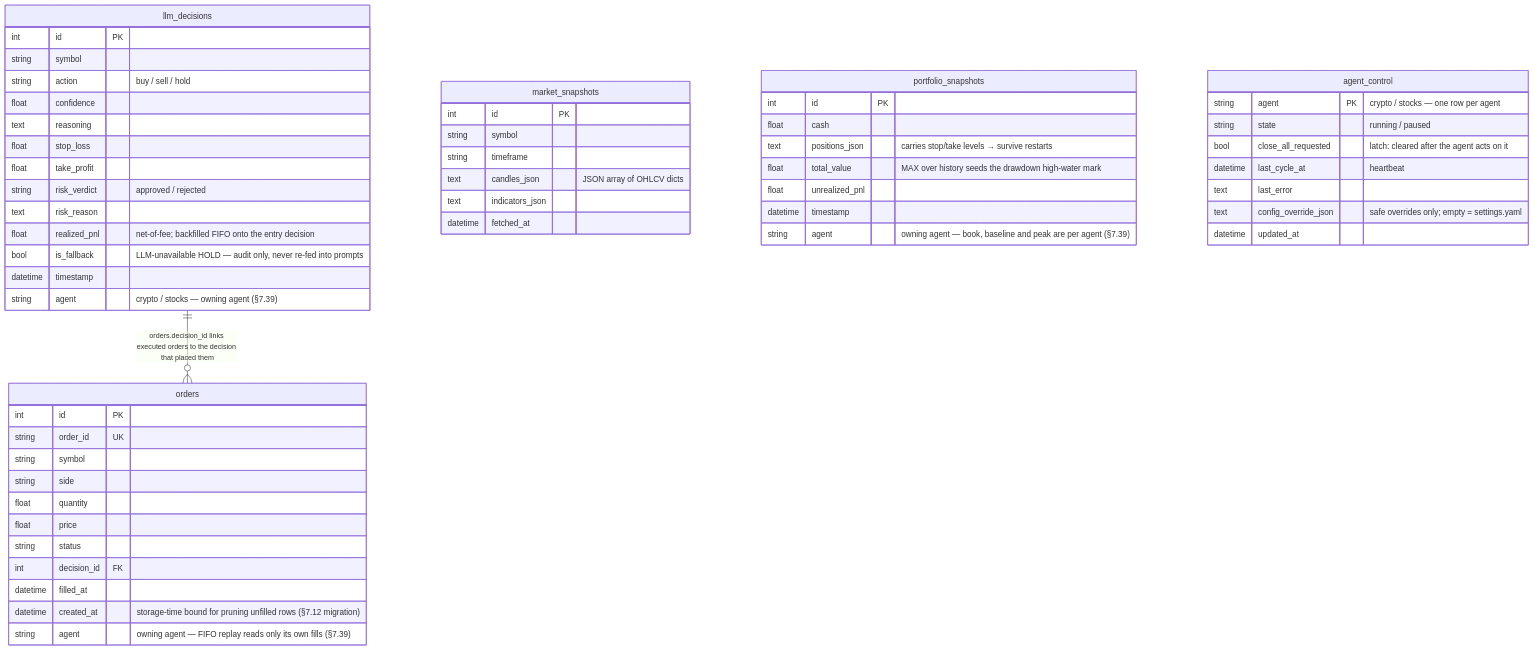
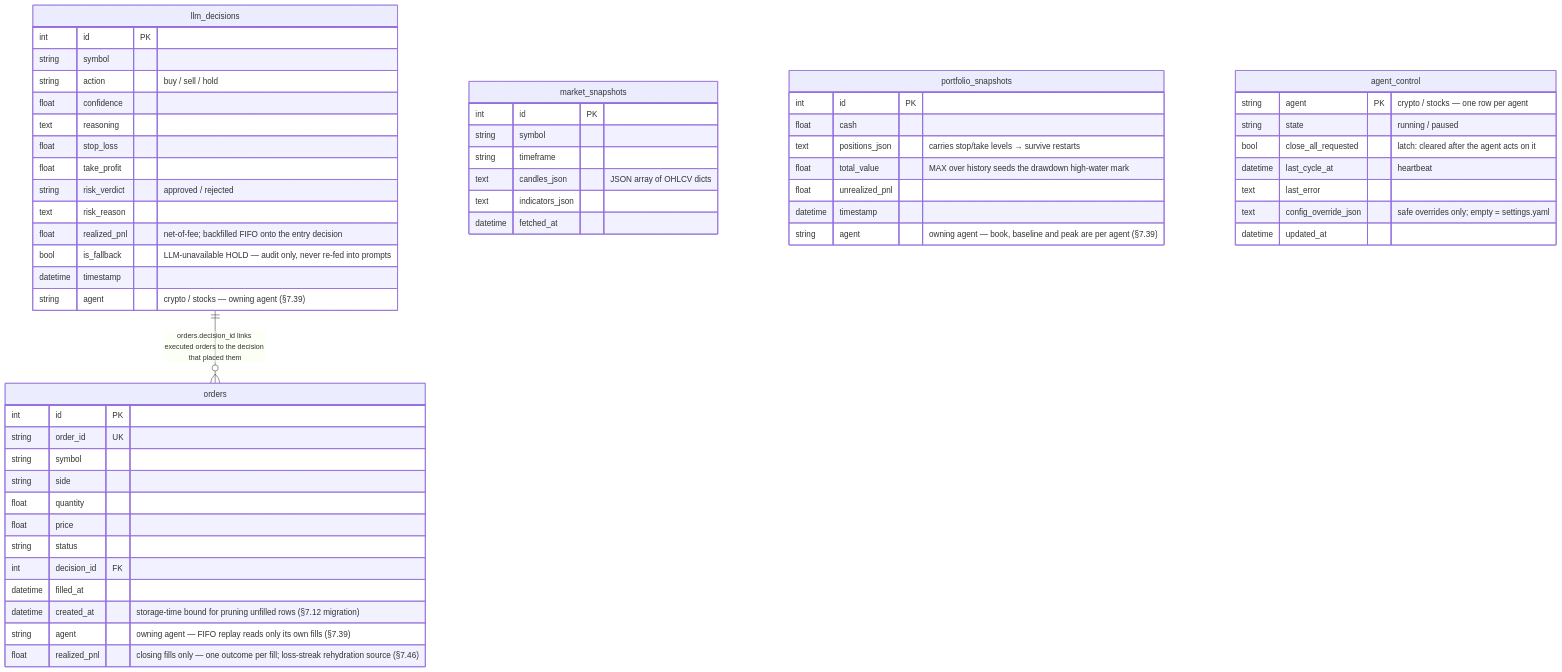
The fifth of 6 diagrams in ARCHITECTURE.md (BBlazej/smartyTrader), drawn with Mermaid before and after one commit. The commit also changed other lines of this file and 17 other files, not shown here.

First line of the commit message:
Count the loss streak once per closing fill, on every close path (§7.46)

````diff
--- a/ARCHITECTURE.md
+++ b/ARCHITECTURE.md
@@ -334,58 +334,59 @@
 ```mermaid
 erDiagram
     llm_decisions ||--o{ orders : "orders.decision_id links executed orders to the decision that placed them"
     market_snapshots {
         int id PK
         string symbol
         string timeframe
         text candles_json "JSON array of OHLCV dicts"
         text indicators_json
         datetime fetched_at
     }
     llm_decisions {
         int id PK
         string symbol
         string action "buy / sell / hold"
         float confidence
         text reasoning
         float stop_loss
         float take_profit
         string risk_verdict "approved / rejected"
         text risk_reason
         float realized_pnl "net-of-fee; backfilled FIFO onto the entry decision"
         bool is_fallback "LLM-unavailable HOLD — audit only, never re-fed into prompts"
         datetime timestamp
         string agent "crypto / stocks — owning agent (§7.39)"
     }
     orders {
         int id PK
         string order_id UK
         string symbol
         string side
         float quantity
         float price
         string status
         int decision_id FK
         datetime filled_at
         datetime created_at "storage-time bound for pruning unfilled rows (§7.12 migration)"
         string agent "owning agent — FIFO replay reads only its own fills (§7.39)"
+        float realized_pnl "closing fills only — one outcome per fill; loss-streak rehydration source (§7.46)"
     }
     portfolio_snapshots {
         int id PK
         float cash
         text positions_json "carries stop/take levels → survive restarts"
         float total_value "MAX over history seeds the drawdown high-water mark"
         float unrealized_pnl
         datetime timestamp
         string agent "owning agent — book, baseline and peak are per agent (§7.39)"
     }
     agent_control {
         string agent PK "crypto / stocks — one row per agent"
         string state "running / paused"
         bool close_all_requested "latch: cleared after the agent acts on it"
         datetime last_cycle_at "heartbeat"
         text last_error
         text config_override_json "safe overrides only; empty = settings.yaml"
         datetime updated_at
     }
 ```
````
